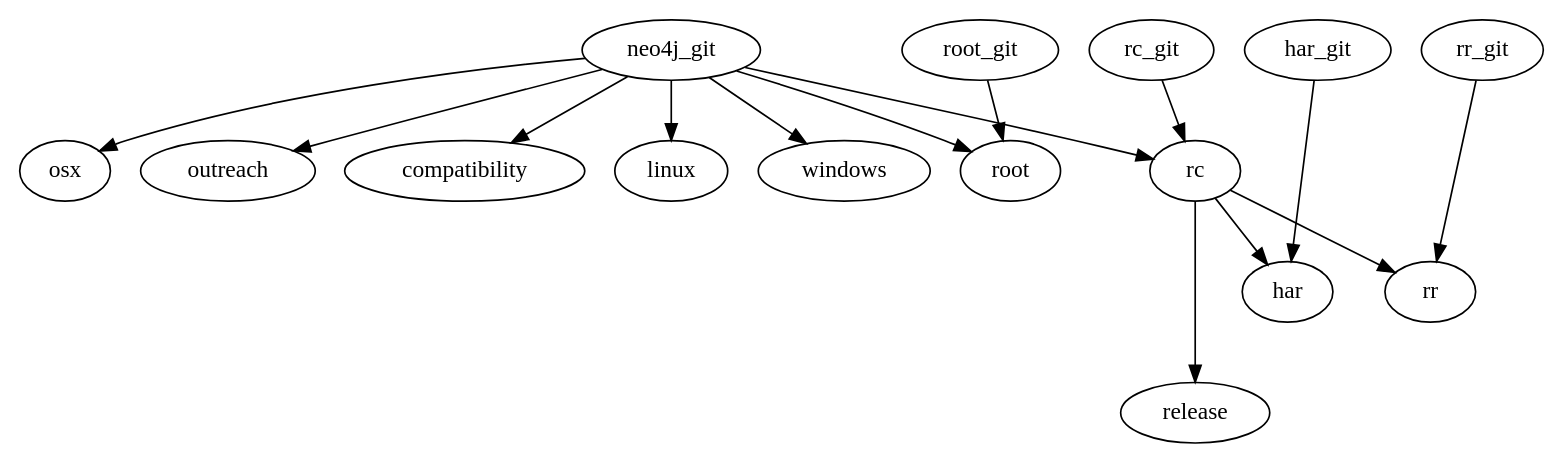
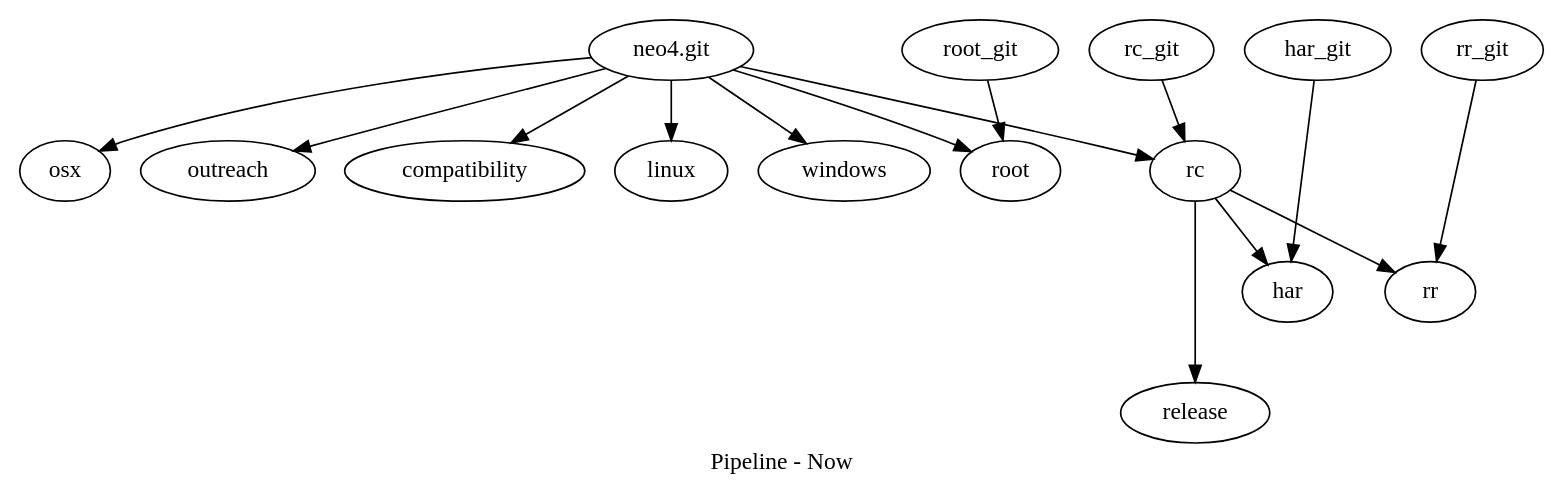
Before and after one commit to benbc/neo4j-misc: the diagram in pipeline-now.dot, drawn with Graphviz. The commit also changed 1 other file, not shown here.

```diff
--- a/pipeline-now.dot
+++ b/pipeline-now.dot
@@ -1,28 +1,29 @@
-digraph G {
+digraph PipelineNow {
+  label = "Pipeline - Now";
   subgraph {
     rank = "source";
-    neo4j_git;
+    neo4j_git [label="neo4.git"];
     rc_git;
     har_git;
     rr_git;
     root_git;
   }
   subgraph {
     rank = "sink";
     release;
   }
   neo4j_git -> linux;
   neo4j_git -> windows;
   neo4j_git -> osx;
   neo4j_git -> rc;
   rc_git -> rc;
   rc -> release;
   rc -> har;
   rc -> rr;
   har_git -> har;
   rr_git -> rr;
   neo4j_git -> outreach;
   root_git -> root;
   neo4j_git -> root;
   neo4j_git -> compatibility;
 }
```
